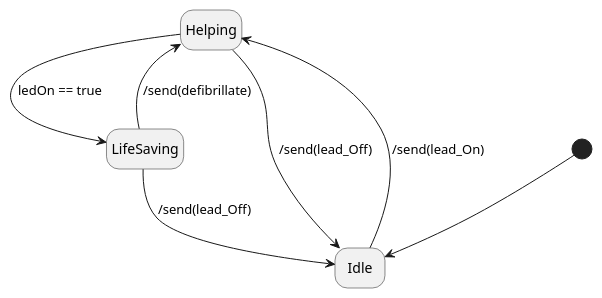
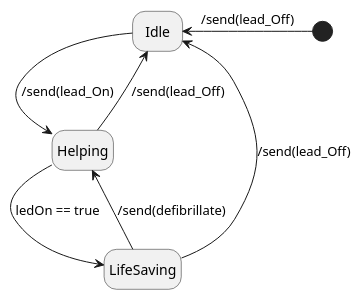
The diagram in plantuml/User.puml (Pyponou/defibrillator), drawn with PlantUML before and after one commit. The commit also changed 5 other files, not shown here.

Commit message:
User needed to initialize with a lead off

```diff
--- a/plantuml/User.puml
+++ b/plantuml/User.puml
@@ -1,11 +1,11 @@
 @startuml
 hide empty description
-[*] --> Idle
+[*] -left-> Idle : /send(lead_Off)
 
 Idle --> Helping : /send(lead_On)
 Helping --> Idle : /send(lead_Off)
 Helping -> LifeSaving : ledOn == true
 LifeSaving --> Helping : /send(defibrillate)
 LifeSaving --> Idle :  /send(lead_Off)
 
 @enduml
```
